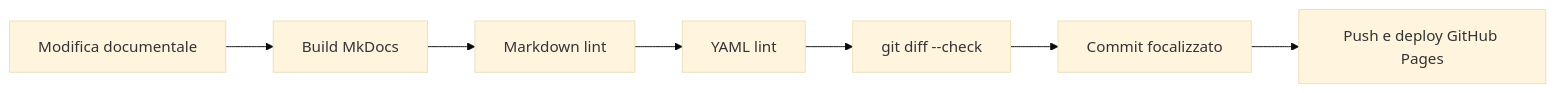
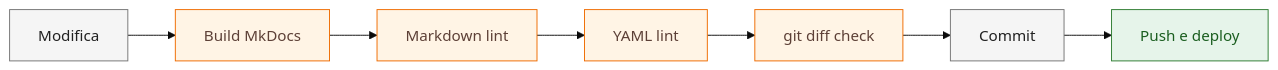
The diagram in docs/14-quality-gates.md (robertochello/spac-start-knowledge-base), drawn with Mermaid (base theme) before and after one commit. The commit also changed other lines of this file and 27 other files, not shown here.

Commit message:
docs: standardize diagrams and visual cues

````diff
--- a/docs/14-quality-gates.md
+++ b/docs/14-quality-gates.md
@@ -46,9 +46,13 @@
 ```mermaid
 flowchart LR
-    A[Modifica documentale] --> B[Build MkDocs]
-    B --> C[Markdown lint]
-    C --> D[YAML lint]
-    D --> E[git diff --check]
-    E --> F[Commit focalizzato]
-    F --> G[Push e deploy GitHub Pages]
+    A[Modifica]:::process --> B[Build MkDocs]:::warn
+    B --> C[Markdown lint]:::warn
+    C --> D[YAML lint]:::warn
+    D --> E[git diff check]:::warn
+    E --> F[Commit]:::process
+    F --> G[Push e deploy]:::ok
+
+    classDef ok fill:#e6f4ea,stroke:#2e7d32,color:#1b5e20;
+    classDef warn fill:#fff4e5,stroke:#ef6c00,color:#5d4037;
+    classDef process fill:#f5f5f5,stroke:#757575,color:#212121;
 ```
````
